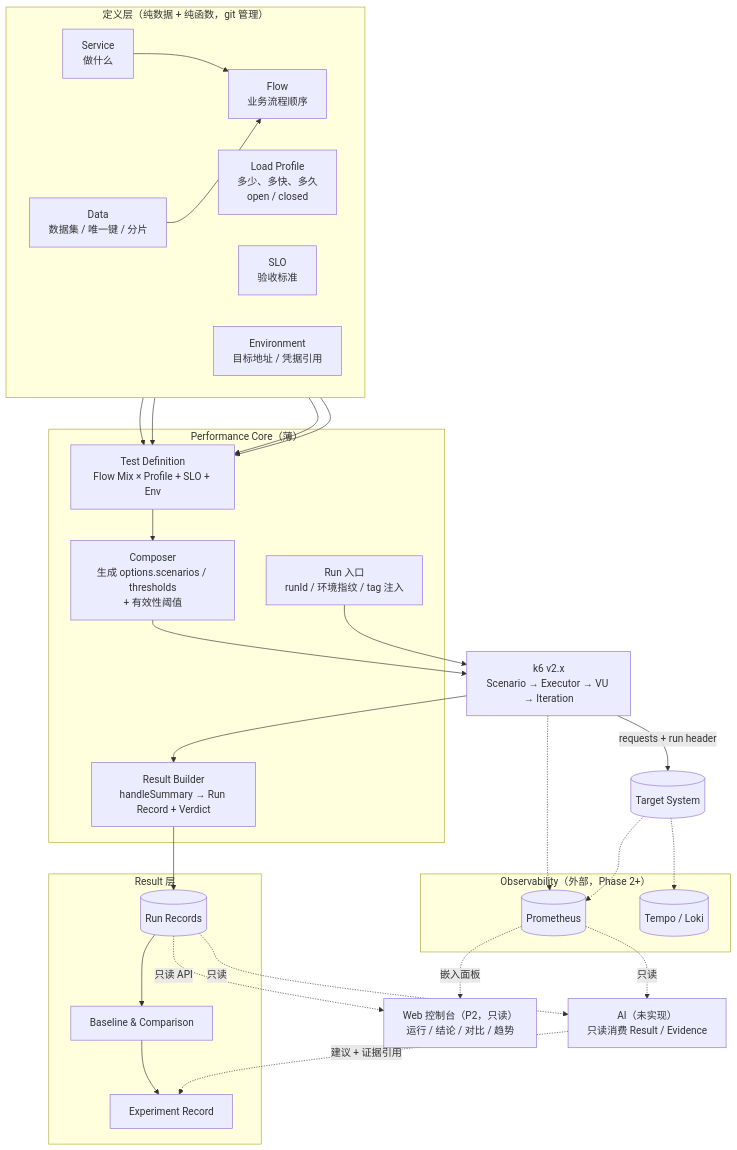
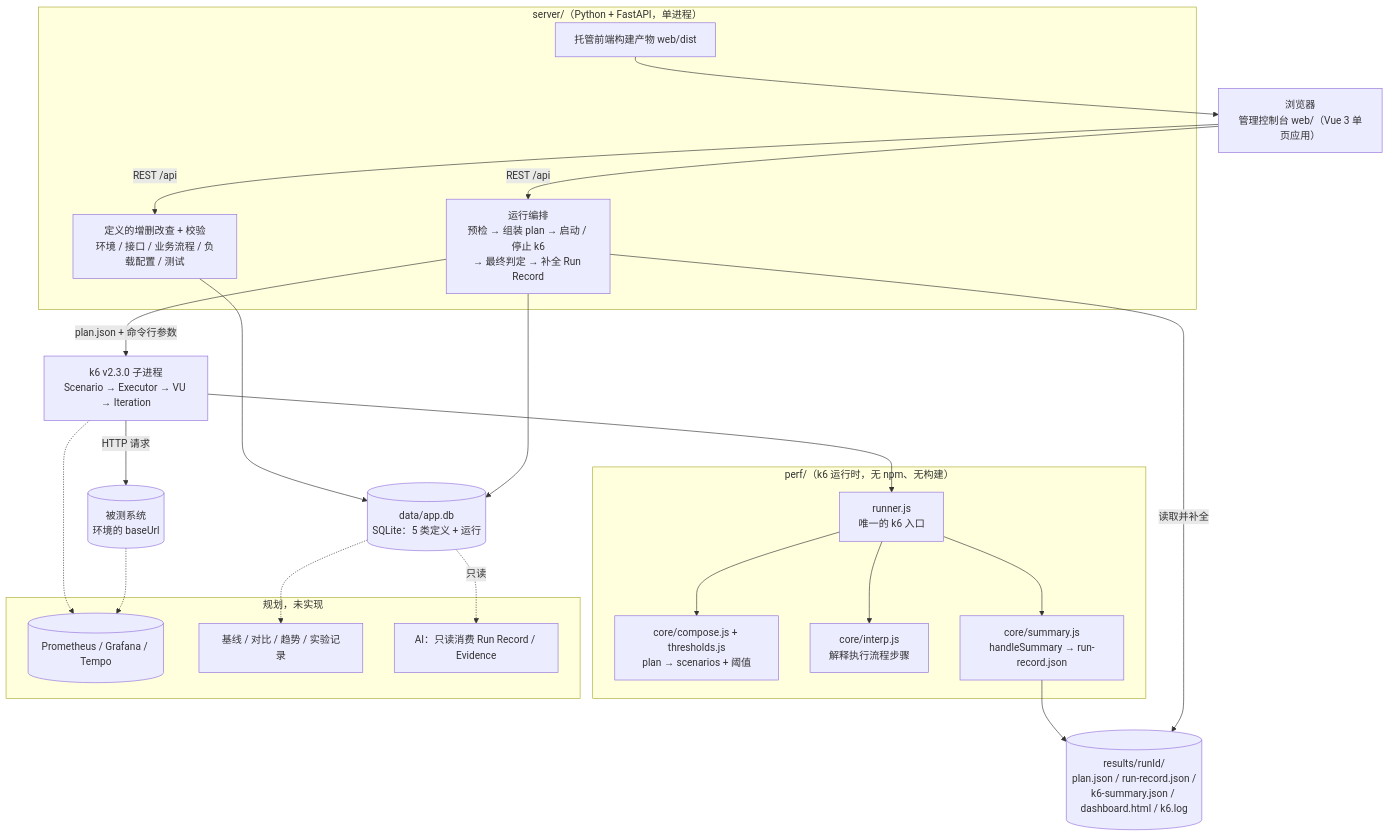
The first of 8 diagrams in docs/ARCHITECTURE.md (Leibiner/AI-Performance-Engineering), drawn with Mermaid before and after one commit. The commit also changed other lines of this file and 11 other files, not shown here.

First line of the commit message:
docs: sync architecture docs with the MVP implementation

````diff
--- a/docs/ARCHITECTURE.md
+++ b/docs/ARCHITECTURE.md
@@ -75,53 +118,45 @@
 ```mermaid
 flowchart TB
-    subgraph DEF["定义层（纯数据 + 纯函数，git 管理）"]
-        direction LR
-        SVC[Service<br/>做什么]
-        FLOW[Flow<br/>业务流程顺序]
-        DATA[Data<br/>数据集 / 唯一键 / 分片]
-        PROF[Load Profile<br/>多少、多快、多久<br/>open / closed]
-        SLO[SLO<br/>验收标准]
-        ENV[Environment<br/>目标地址 / 凭据引用]
+    BROWSER["浏览器<br/>管理控制台 web/（Vue 3 单页应用）"]
+
+    subgraph SERVER["server/（Python + FastAPI，单进程）"]
+        CRUD["定义的增删改查 + 校验<br/>环境 / 接口 / 业务流程 / 负载配置 / 测试"]
+        ORCH["运行编排<br/>预检 → 组装 plan → 启动 / 停止 k6<br/>→ 最终判定 → 补全 Run Record"]
+        STATIC["托管前端构建产物 web/dist"]
     end
 
-    subgraph CORE["Performance Core（薄）"]
-        TEST[Test Definition<br/>Flow Mix × Profile + SLO + Env]
-        COMP[Composer<br/>生成 options.scenarios / thresholds<br/>+ 有效性阈值]
-        RUNNER[Run 入口<br/>runId / 环境指纹 / tag 注入]
-        SUM[Result Builder<br/>handleSummary → Run Record + Verdict]
+    DB[("data/app.db<br/>SQLite：5 类定义 + 运行")]
+
+    subgraph PERF["perf/（k6 运行时，无 npm、无构建）"]
+        RUNNER["runner.js<br/>唯一的 k6 入口"]
+        COMP["core/compose.js + thresholds.js<br/>plan → scenarios + 阈值"]
+        INTERP["core/interp.js<br/>解释执行流程步骤"]
+        SUM["core/summary.js<br/>handleSummary → run-record.json"]
     end
 
-    K6[k6 v2.x<br/>Scenario → Executor → VU → Iteration]
-    SUT[(Target System)]
+    K6["k6 v2.3.0 子进程<br/>Scenario → Executor → VU → Iteration"]
+    SUT[("被测系统<br/>环境的 baseUrl")]
+    RES[("results/runId/<br/>plan.json / run-record.json /<br/>k6-summary.json / dashboard.html / k6.log")]
 
-    subgraph OBS["Observability（外部，Phase 2+）"]
-        PROM[(Prometheus)]
-        TR[(Tempo / Loki)]
+    subgraph PLANNED["规划，未实现"]
+        PROM[("Prometheus / Grafana / Tempo")]
+        BASE["基线 / 对比 / 趋势 / 实验记录"]
+        AIX["AI：只读消费 Run Record / Evidence"]
     end
 
-    subgraph RES["Result 层"]
-        REC[(Run Records)]
-        BASE[Baseline & Comparison]
-        EXP[Experiment Record]
-    end
-
-    AIX[AI（未实现）<br/>只读消费 Result / Evidence]
-    WEB[Web 控制台（P2，只读）<br/>运行 / 结论 / 对比 / 趋势]
-
-    SVC --> FLOW
-    DATA --> FLOW
-    FLOW & PROF & SLO & ENV --> TEST
-    TEST --> COMP --> K6
-    RUNNER --> K6
-    K6 -->|requests + run header| SUT
-    K6 --> SUM --> REC
+    BROWSER -->|REST /api| CRUD
+    BROWSER -->|REST /api| ORCH
+    STATIC --> BROWSER
+    CRUD --> DB
+    ORCH --> DB
+    ORCH -->|plan.json + 命令行参数| K6
+    K6 --> RUNNER
+    RUNNER --> COMP & INTERP & SUM
+    K6 -->|HTTP 请求| SUT
+    SUM --> RES
+    ORCH -->|读取并补全| RES
     K6 -.-> PROM
     SUT -.-> PROM
-    SUT -.-> TR
-    REC --> BASE --> EXP
-    REC -.只读 API.-> WEB
-    PROM -.嵌入面板.-> WEB
-    REC -.只读.-> AIX
-    PROM -.只读.-> AIX
-    AIX -.建议 + 证据引用.-> EXP
+    DB -.-> BASE
+    DB -.只读.-> AIX
 ```
````
